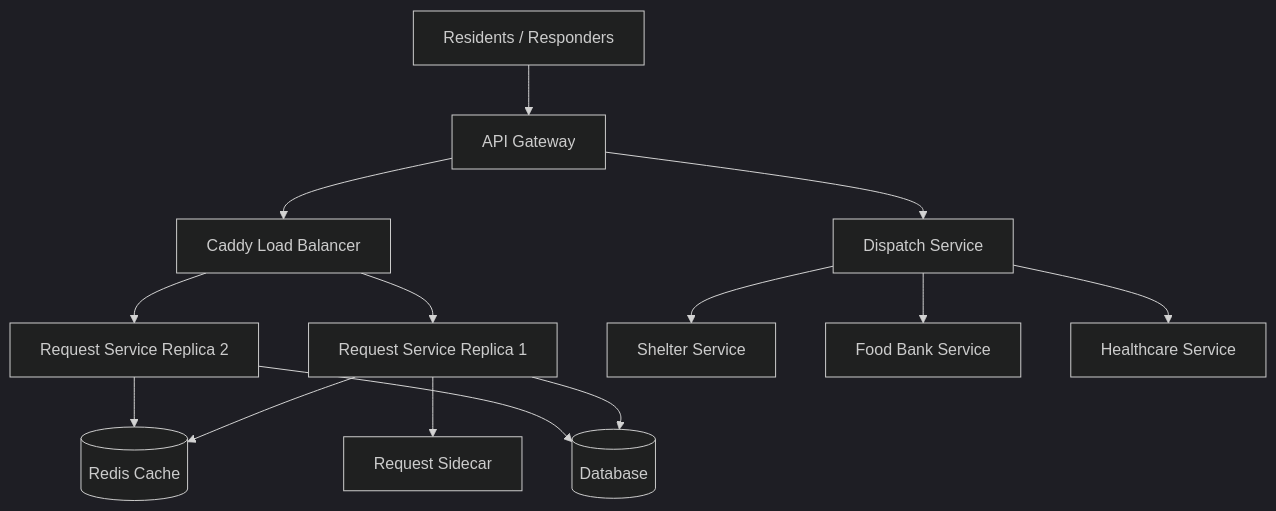
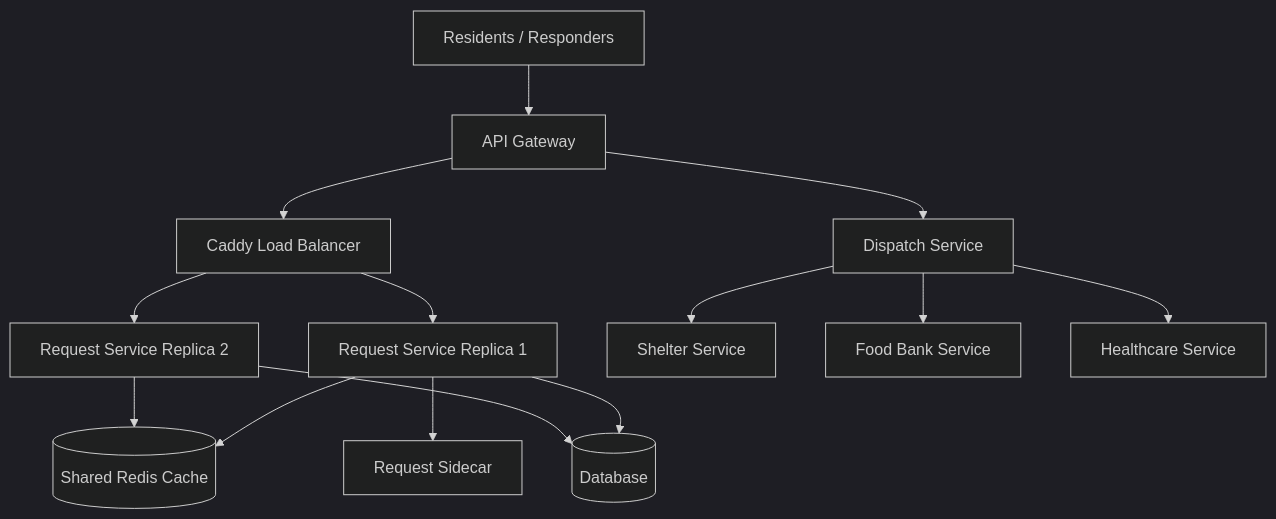
The second of 2 diagrams in docs/SERVICES.md (cs-426-team10/426-project-team-10), drawn with Mermaid (dark theme) before and after one commit.

Commit message:
Document shared Redis cache layer

````diff
--- a/docs/SERVICES.md
+++ b/docs/SERVICES.md
@@ -162,34 +162,35 @@
 ```mermaid
 flowchart TD
 
     Client[Residents / Responders]
 
     Client --> Gateway[API Gateway]
 
 
     Gateway --> Caddy[Caddy Load Balancer]
 
 
     Caddy --> Request1[Request Service Replica 1]
     Caddy --> Request2[Request Service Replica 2]
 
+    Redis[(Shared Redis Cache)]
 
-    Request1 --> Redis[(Redis Cache)]
+    Request1 --> Redis
     Request2 --> Redis
 
 
     Request1 --> Database[(Database)]
     Request2 --> Database
 
 
     Gateway --> Dispatch[Dispatch Service]
 
     Dispatch --> Shelter[Shelter Service]
 
     Dispatch --> FoodBank[Food Bank Service]
 
     Dispatch --> Healthcare[Healthcare Service]
 
 
     Request1 --> Sidecar[Request Sidecar]
 ```
````
